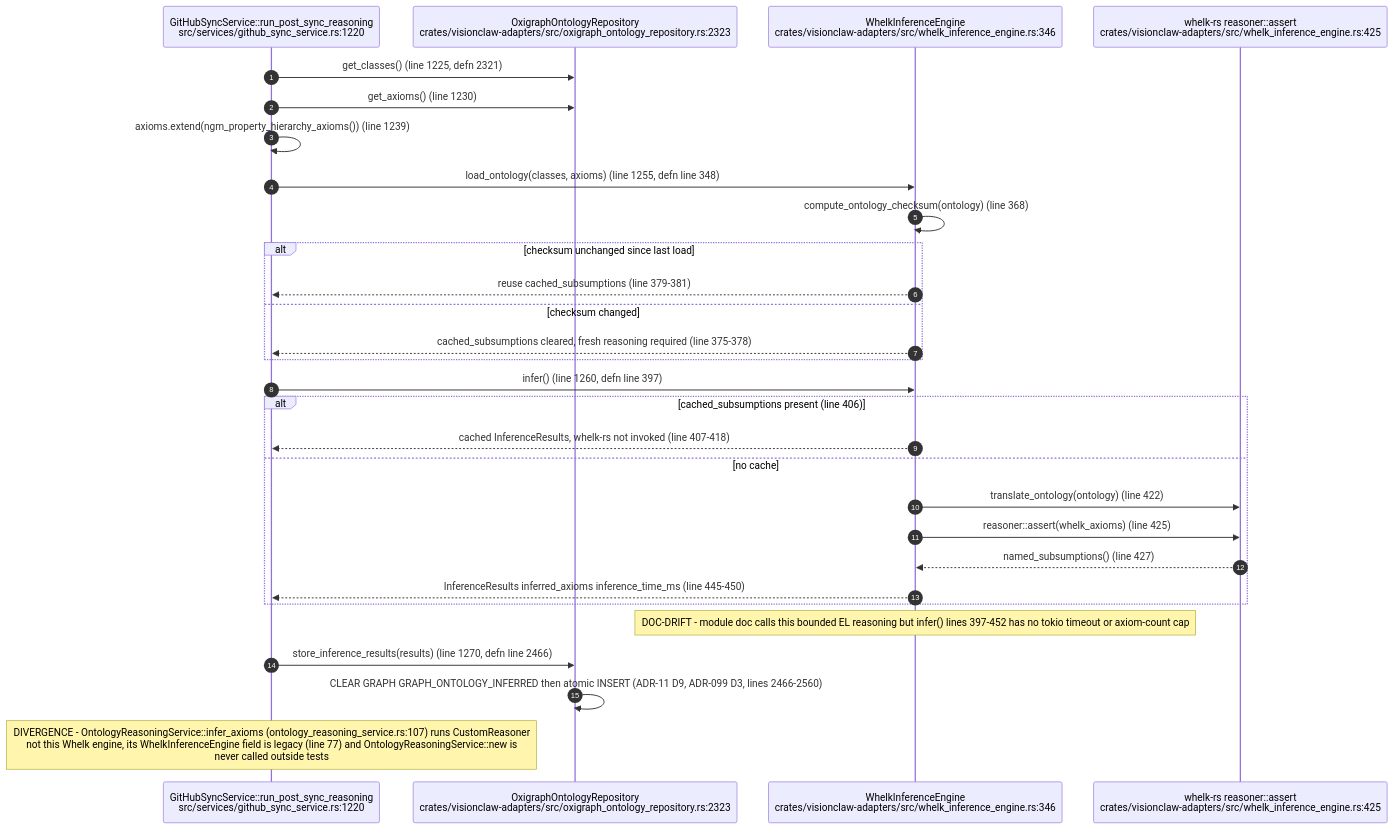
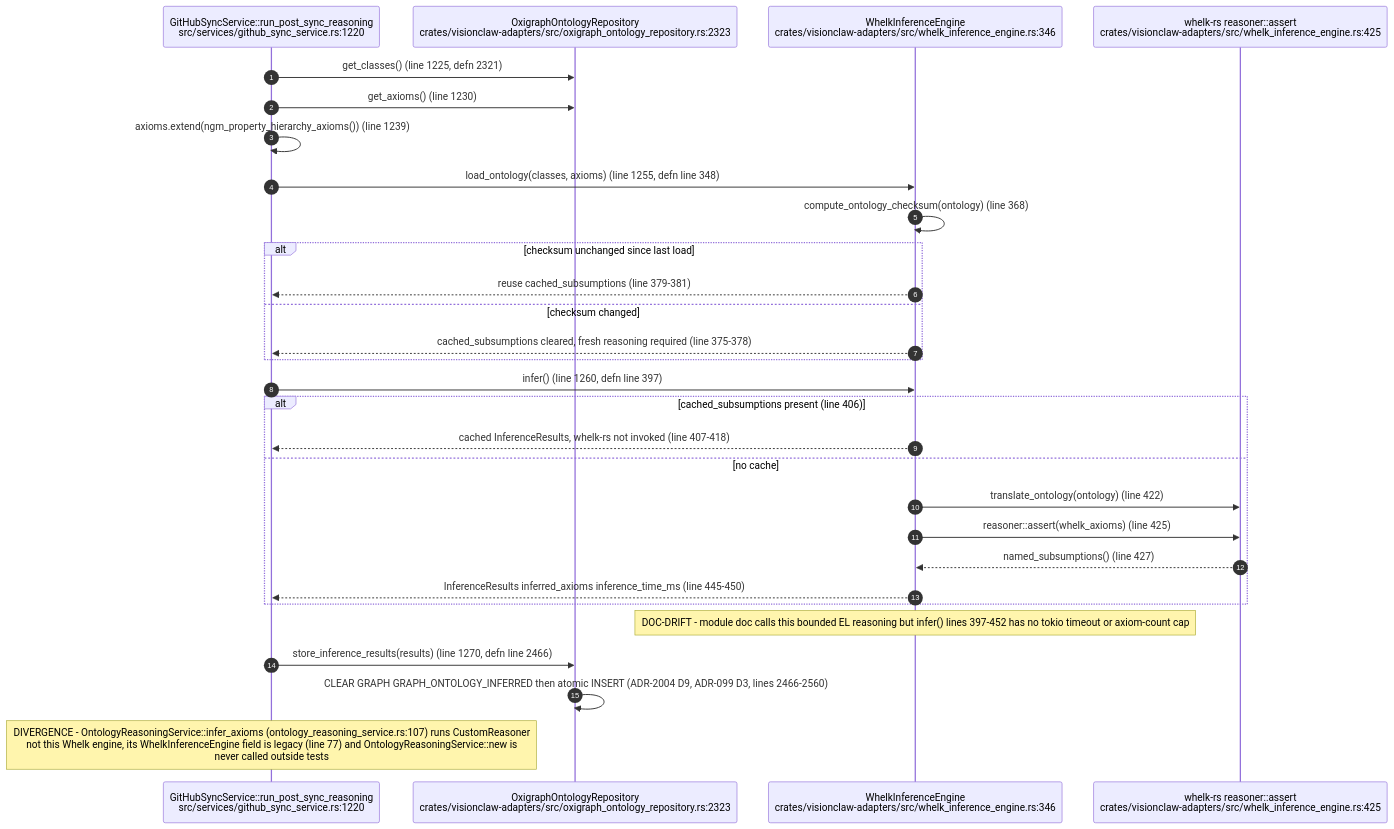
One commit to DreamLab-AI/AR-AI-Knowledge-Graph changed the third of 12 diagrams in docs/diagrams/visionclaw/20-ontology-pipeline-oxigraph-whelk.md. Above: the diagram before and after it, drawn with Mermaid. The commit also changed other lines of this file and 143 other files, not shown here.

````diff
--- a/docs/diagrams/visionclaw/20-ontology-pipeline-oxigraph-whelk.md
+++ b/docs/diagrams/visionclaw/20-ontology-pipeline-oxigraph-whelk.md
@@ -109,32 +109,32 @@
 ```mermaid
 sequenceDiagram
     autonumber
     participant Sync as GitHubSyncService::run_post_sync_reasoning<br/>src/services/github_sync_service.rs:1220
     participant Repo as OxigraphOntologyRepository<br/>crates/visionclaw-adapters/src/oxigraph_ontology_repository.rs:2323
     participant Engine as WhelkInferenceEngine<br/>crates/visionclaw-adapters/src/whelk_inference_engine.rs:346
     participant Whelk as whelk-rs reasoner::assert<br/>crates/visionclaw-adapters/src/whelk_inference_engine.rs:425
 
     Sync->>Repo: get_classes() (line 1225, defn 2321)
     Sync->>Repo: get_axioms() (line 1230)
     Sync->>Sync: axioms.extend(ngm_property_hierarchy_axioms()) (line 1239)
     Sync->>Engine: load_ontology(classes, axioms) (line 1255, defn line 348)
     Engine->>Engine: compute_ontology_checksum(ontology) (line 368)
     alt checksum unchanged since last load
         Engine-->>Sync: reuse cached_subsumptions (line 379-381)
     else checksum changed
         Engine-->>Sync: cached_subsumptions cleared, fresh reasoning required (line 375-378)
     end
     Sync->>Engine: infer() (line 1260, defn line 397)
     alt cached_subsumptions present (line 406)
         Engine-->>Sync: cached InferenceResults, whelk-rs not invoked (line 407-418)
     else no cache
         Engine->>Whelk: translate_ontology(ontology) (line 422)
         Engine->>Whelk: reasoner::assert(whelk_axioms) (line 425)
         Whelk-->>Engine: named_subsumptions() (line 427)
         Engine-->>Sync: InferenceResults inferred_axioms inference_time_ms (line 445-450)
     end
     Note over Engine: DOC-DRIFT - module doc calls this bounded EL reasoning but infer() lines 397-452 has no tokio timeout or axiom-count cap
     Sync->>Repo: store_inference_results(results) (line 1270, defn line 2466)
-    Repo->>Repo: CLEAR GRAPH GRAPH_ONTOLOGY_INFERRED then atomic INSERT (ADR-11 D9, ADR-099 D3, lines 2466-2560)
+    Repo->>Repo: CLEAR GRAPH GRAPH_ONTOLOGY_INFERRED then atomic INSERT (ADR-2004 D9, ADR-099 D3, lines 2466-2560)
     Note over Sync: DIVERGENCE - OntologyReasoningService::infer_axioms (ontology_reasoning_service.rs:107) runs CustomReasoner<br/>not this Whelk engine, its WhelkInferenceEngine field is legacy (line 77) and OntologyReasoningService::new is<br/>never called outside tests
 ```
````
